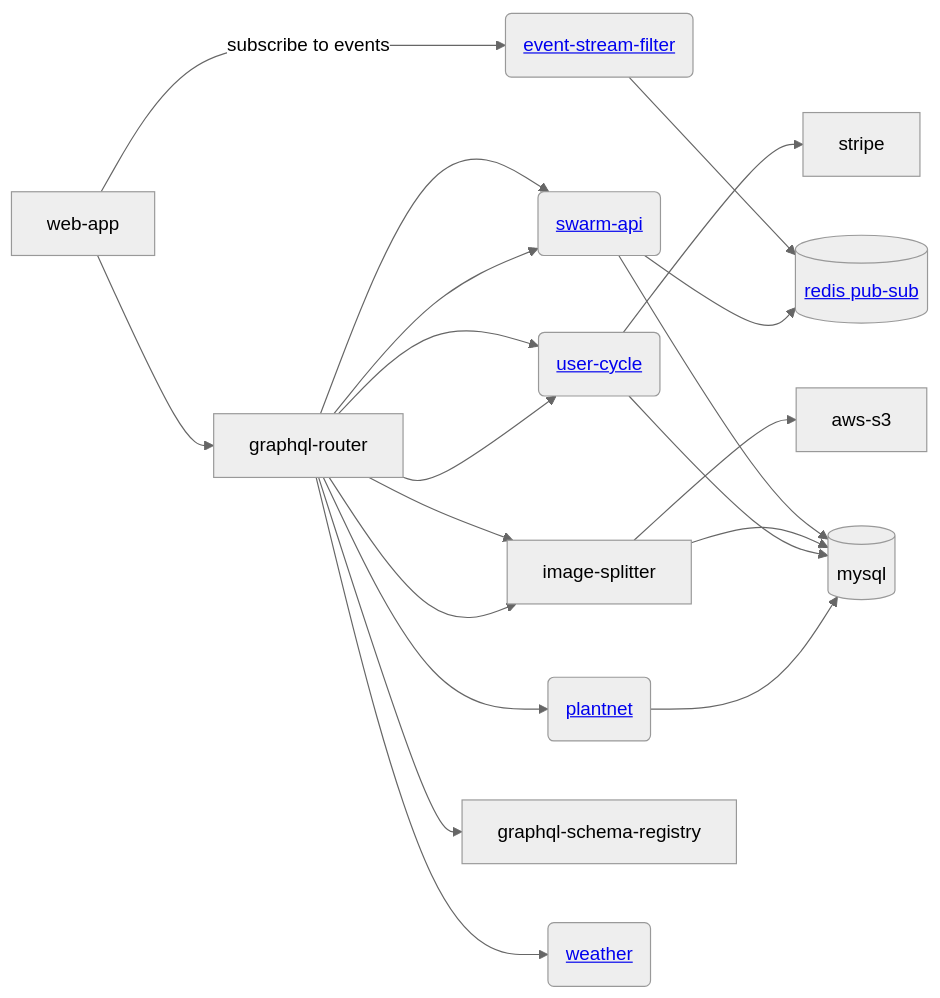
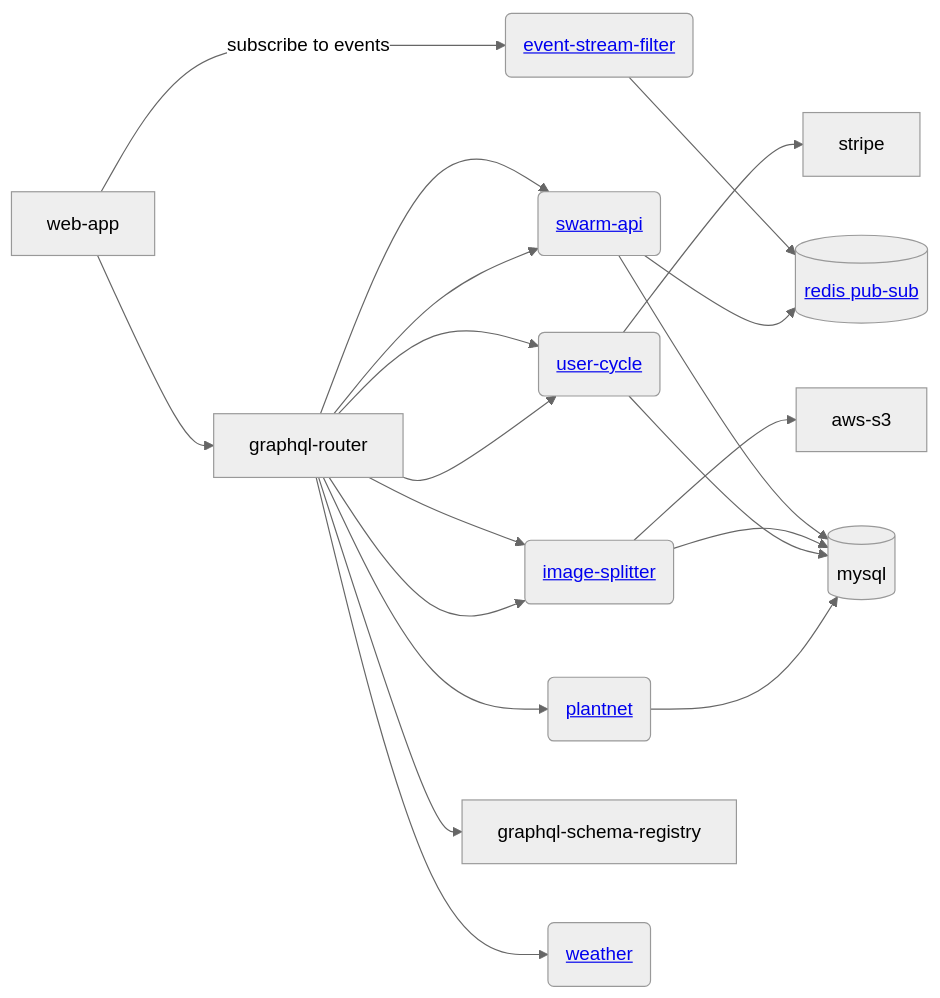
Before and after one commit to Gratheon/web-app: the diagram in README.md, drawn with Mermaid (neutral theme).

````diff
--- a/README.md
+++ b/README.md
@@ -8,16 +8,16 @@
 ```mermaid
 flowchart LR
     web-app --> graphql-router
     web-app --"subscribe to events"--> event-stream-filter("<a href='https://github.com/Gratheon/event-stream-filter'>event-stream-filter</a>") --> redis
     
     graphql-router --> swarm-api("<a href='https://github.com/Gratheon/swarm-api'>swarm-api</a>") --> mysql[(mysql)]
     graphql-router --> swarm-api --> redis[("<a href='https://github.com/Gratheon/redis'>redis pub-sub</a>")]
     
-    graphql-router --> image-splitter --> mysql
+    graphql-router --> image-splitter("<a href='https://github.com/Gratheon/image-splitter'>image-splitter</a>") --> mysql
     graphql-router --> image-splitter --> aws-s3
     graphql-router --> user-cycle("<a href='https://github.com/Gratheon/user-cycle'>user-cycle</a>") --> mysql
     graphql-router --> user-cycle --> stripe
     graphql-router --> plantnet("<a href='https://github.com/Gratheon/plantnet'>plantnet</a>") --> mysql
     graphql-router --> graphql-schema-registry
     graphql-router --> weather("<a href='https://github.com/Gratheon/weather'>weather</a>")
 ```
````
